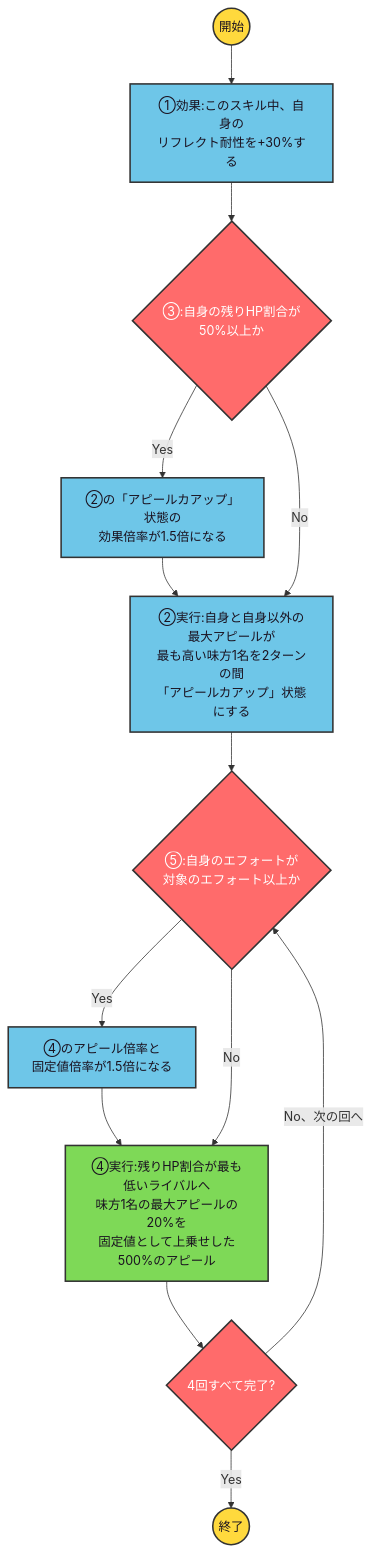
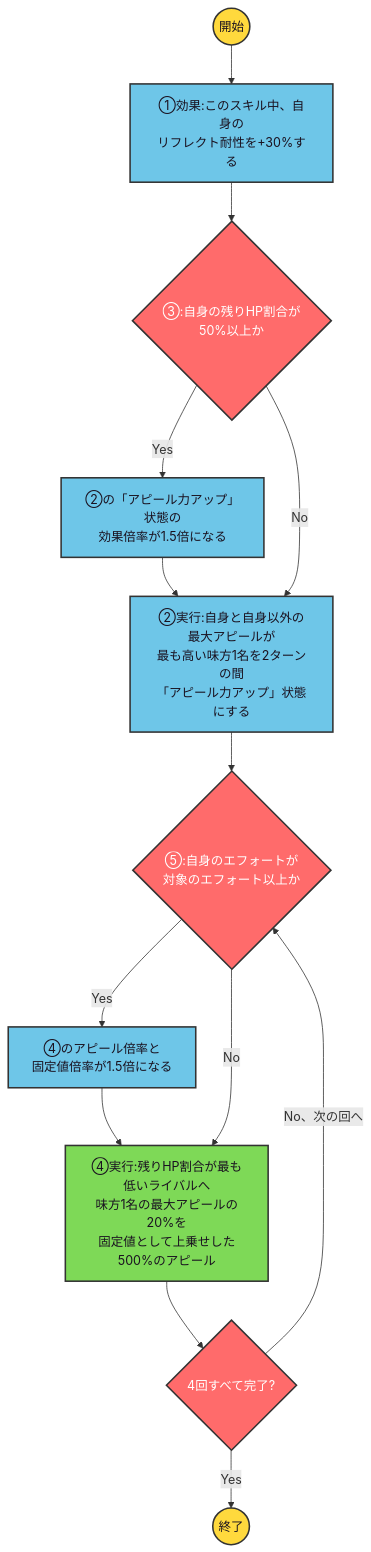
The diagram in data/ogawa_aya/17hunkan_skill1.mmd (ryomochi0918/nogifra-characters), drawn with Mermaid before and after one commit. The commit also changed 19 other files, not shown here.

```diff
--- a/data/ogawa_aya/17hunkan_skill1.mmd
+++ b/data/ogawa_aya/17hunkan_skill1.mmd
@@ -1,14 +1,14 @@
 flowchart TD
     classDef startend fill:#FFD93D,stroke:#333,stroke-width:2px,color:#1a1220;
     classDef cond fill:#FF6B6B,stroke:#333,stroke-width:2px,color:#ffffff;
     classDef effect fill:#6EC6E8,stroke:#333,stroke-width:2px,color:#1a1220;
     classDef action fill:#7ED957,stroke:#333,stroke-width:2px,color:#1a1220;
 
     start(("開始")):::startend --> e1["①効果:このスキル中、自身の<br/>リフレクト耐性を+30%する"]:::effect --> c3{"③:自身の残りHP割合が<br/>50%以上か"}:::cond
-    c3 -->|"Yes"| e3["②の「アピールカアップ」状態の<br/>効果倍率が1.5倍になる"]:::effect --> e2
-    c3 -->|"No"| e2["②実行:自身と自身以外の最大アピールが<br/>最も高い味方1名を2ターンの間<br/>「アピールカアップ」状態にする"]:::effect --> c5
+    c3 -->|"Yes"| e3["②の「アピール力アップ」状態の<br/>効果倍率が1.5倍になる"]:::effect --> e2
+    c3 -->|"No"| e2["②実行:自身と自身以外の最大アピールが<br/>最も高い味方1名を2ターンの間<br/>「アピール力アップ」状態にする"]:::effect --> c5
     c5{"⑤:自身のエフォートが<br/>対象のエフォート以上か"}:::cond
     c5 -->|"Yes"| e5["④のアピール倍率と<br/>固定値倍率が1.5倍になる"]:::effect --> a4
     c5 -->|"No"| a4["④実行:残りHP割合が最も低いライバルへ<br/>味方1名の最大アピールの20%を<br/>固定値として上乗せした500%のアピール"]:::action --> loop1{"4回すべて完了?"}:::cond
     loop1 -->|"No、次の回へ"| c5
     loop1 -->|"Yes"| finish(("終了")):::startend
```
